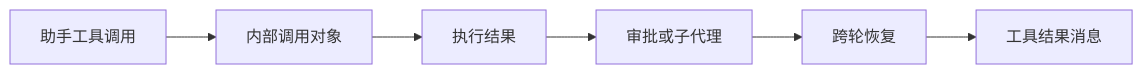
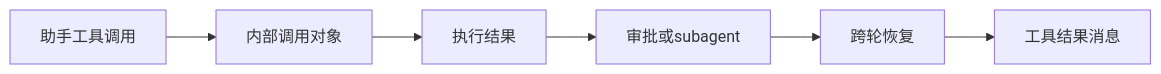
One commit to Arthur999459up/GitAgent changed the third of 10 diagrams in docs/01-agent-loop-and-architecture.md. Above: the diagram before and after it, drawn with Mermaid. The commit also changed other lines of this file and 15 other files, not shown here.

````diff
--- a/docs/01-agent-loop-and-architecture.md
+++ b/docs/01-agent-loop-and-architecture.md
@@ -107,8 +107,8 @@
 ```mermaid
 flowchart LR
     A[助手工具调用] --> B[内部调用对象]
     B --> C[执行结果]
-    C --> D[审批或子代理]
+    C --> D[审批或subagent]
     D --> E[跨轮恢复]
     E --> F[工具结果消息]
 ```
````
